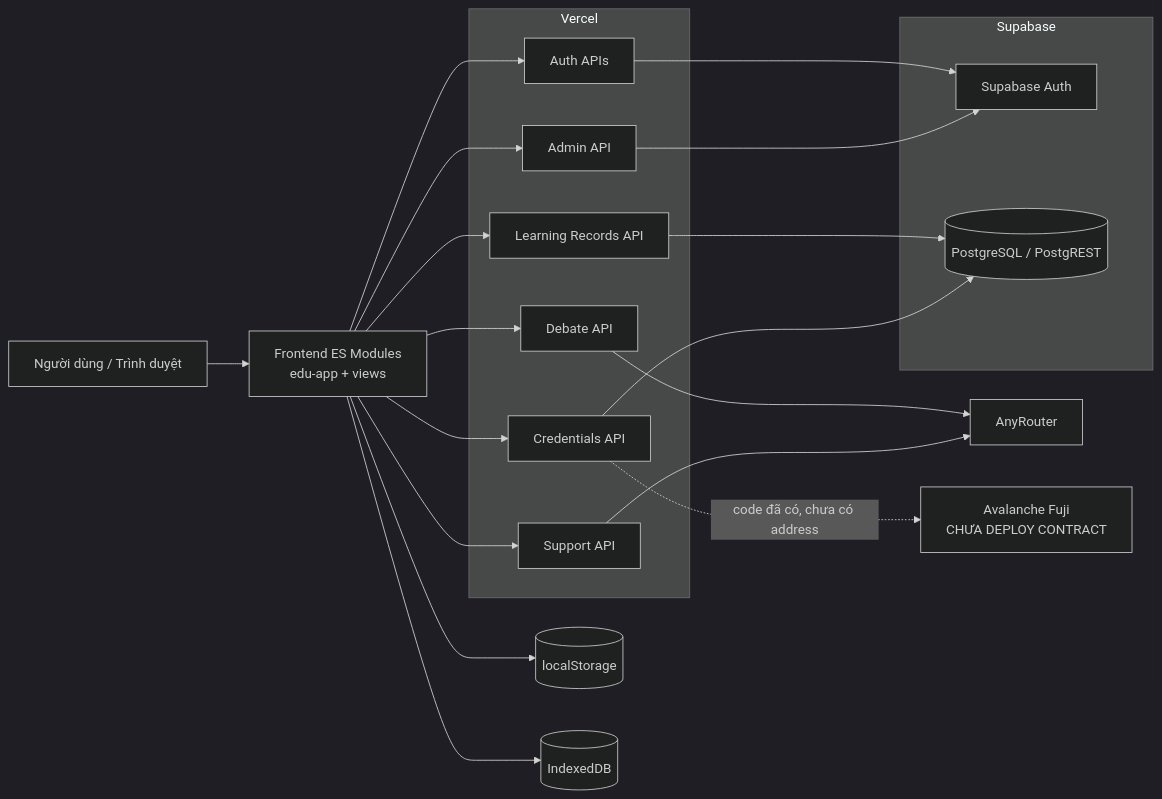
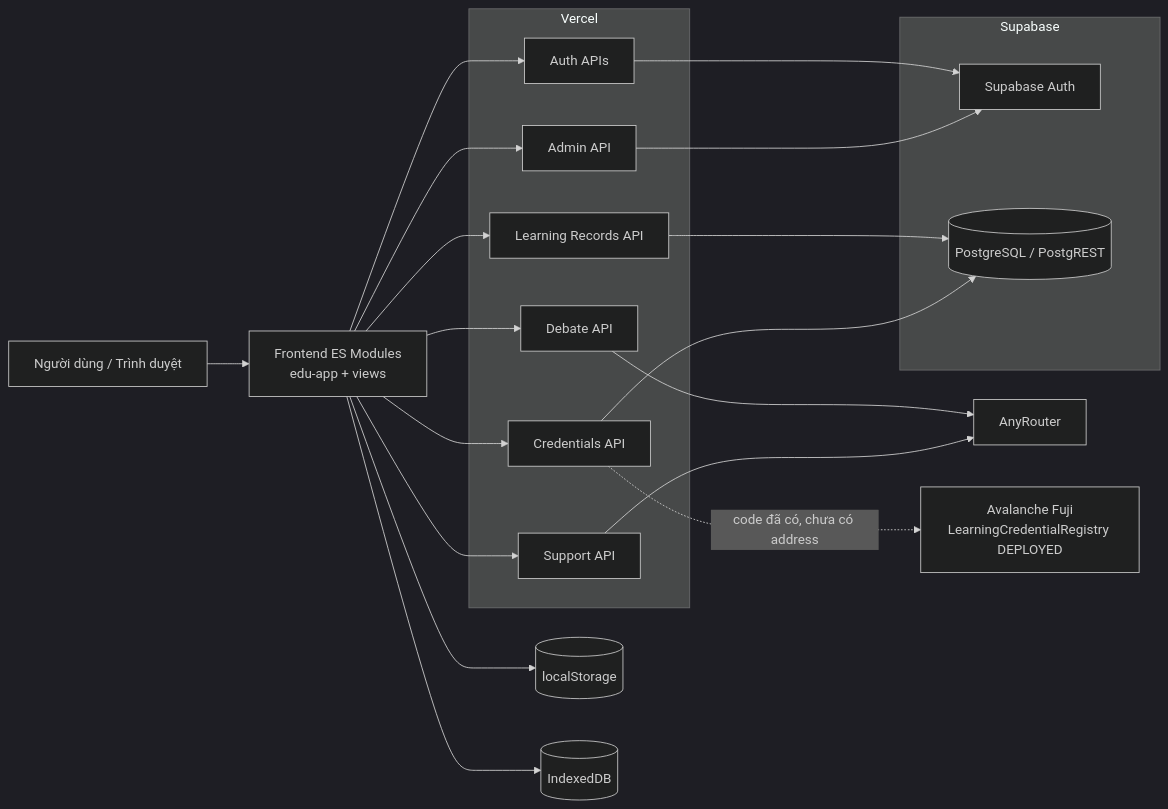
Before and after one commit to hiza325/UNIHACK2026: the first of 2 diagrams in docs/audit/01-system-inventory.md, drawn with Mermaid (dark theme). The commit also changed other lines of this file and 41 other files, not shown here.

````diff
--- a/docs/audit/01-system-inventory.md
+++ b/docs/audit/01-system-inventory.md
@@ -21,41 +21,41 @@
 ```mermaid
 flowchart LR
     U[Người dùng / Trình duyệt]
     FE[Frontend ES Modules<br/>edu-app + views]
     LS[(localStorage)]
     IDB[(IndexedDB)]
 
     subgraph V[Vercel]
       AUTH[Auth APIs]
       ADMIN[Admin API]
       DEBATE[Debate API]
       SUPPORT[Support API]
       RECORDS[Learning Records API]
       CREDS[Credentials API]
     end
 
     subgraph S[Supabase]
       SA[Supabase Auth]
       DB[(PostgreSQL / PostgREST)]
     end
 
     AR[AnyRouter]
-    FUJI[Avalanche Fuji<br/>CHƯA DEPLOY CONTRACT]
+    FUJI[Avalanche Fuji<br/>LearningCredentialRegistry DEPLOYED]
 
     U --> FE
     FE --> LS
     FE --> IDB
     FE --> AUTH
     FE --> ADMIN
     FE --> DEBATE
     FE --> SUPPORT
     FE --> RECORDS
     FE --> CREDS
     AUTH --> SA
     ADMIN --> SA
     RECORDS --> DB
     CREDS --> DB
     DEBATE --> AR
     SUPPORT --> AR
     CREDS -. code đã có, chưa có address .-> FUJI
 ```
````
